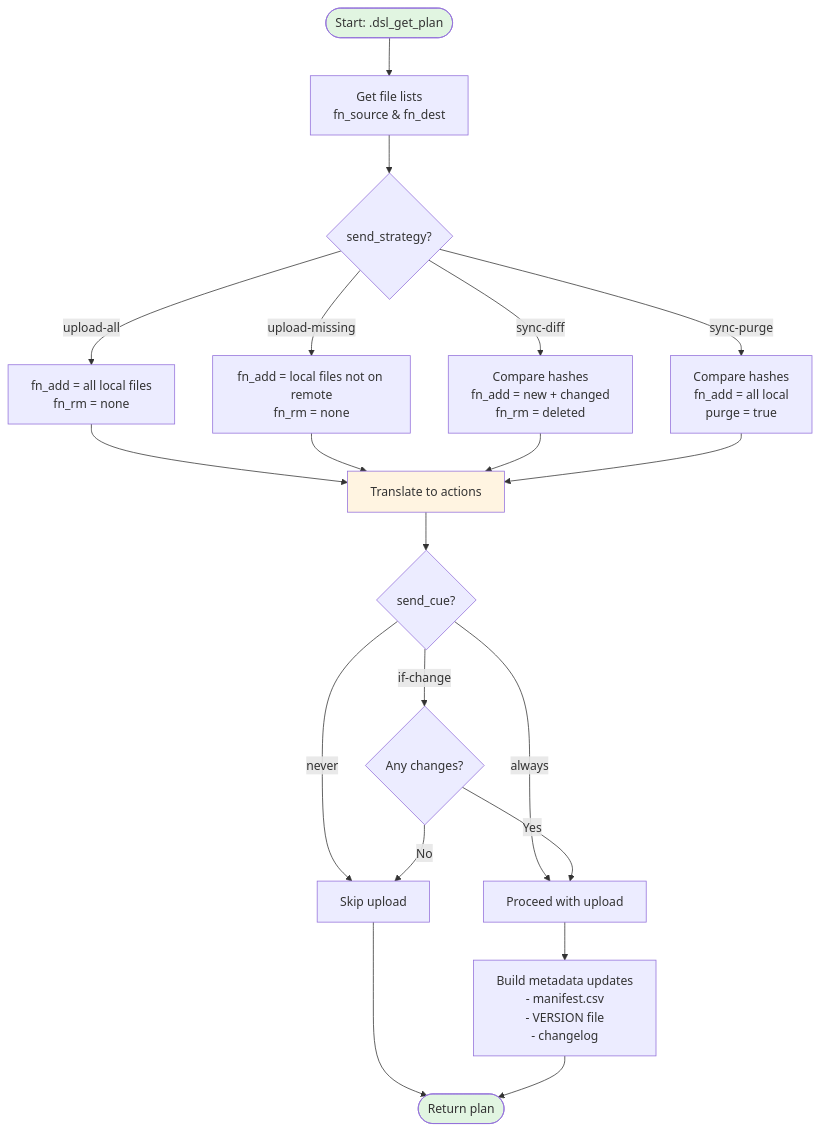
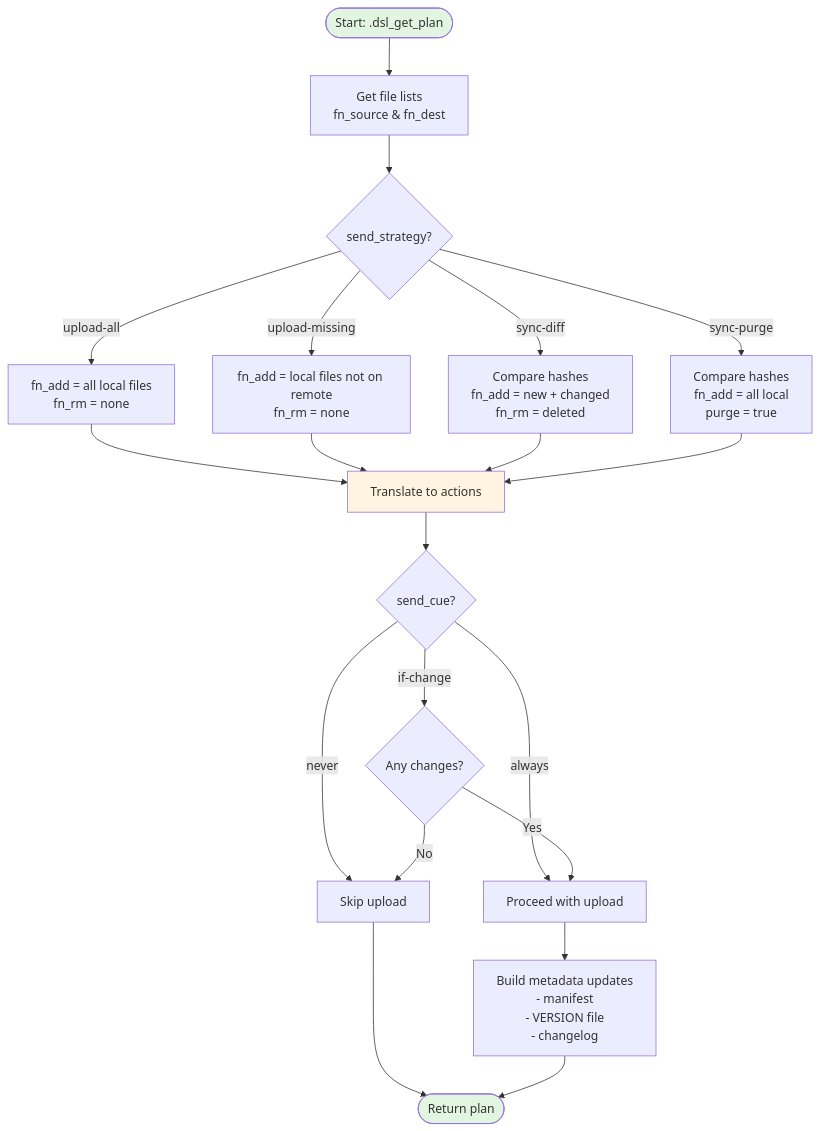
Before and after one commit to SATVILab/projr: the second of 4 diagrams in vignettes/dest-send-workflow.Rmd, drawn with Mermaid. The commit also changed other lines of this file and 25 other files, not shown here.

````diff
--- a/vignettes/dest-send-workflow.Rmd
+++ b/vignettes/dest-send-workflow.Rmd
@@ -94,32 +94,32 @@
 ```{mermaid}
 flowchart TD
     Start([Start: .dsl_get_plan]) --> GetFilenames[Get file lists<br/>fn_source & fn_dest]
     
     GetFilenames --> Strategy{send_strategy?}
     
     Strategy -->|upload-all| UploadAll[fn_add = all local files<br/>fn_rm = none]
     Strategy -->|upload-missing| UploadMissing[fn_add = local files not on remote<br/>fn_rm = none]
     Strategy -->|sync-diff| SyncDiff[Compare hashes<br/>fn_add = new + changed<br/>fn_rm = deleted]
     Strategy -->|sync-purge| SyncPurge[Compare hashes<br/>fn_add = all local<br/>purge = true]
     
     UploadAll --> BuildActions[Translate to actions]
     UploadMissing --> BuildActions
     SyncDiff --> BuildActions
     SyncPurge --> BuildActions
     
     BuildActions --> CheckCue{send_cue?}
     CheckCue -->|never| SkipSend[Skip upload]
     CheckCue -->|always| ProceedSend[Proceed with upload]
     CheckCue -->|if-change| CheckChanges{Any changes?}
     
     CheckChanges -->|Yes| ProceedSend
     CheckChanges -->|No| SkipSend
     
-    ProceedSend --> BuildMetadata[Build metadata updates<br/>- manifest.csv<br/>- VERSION file<br/>- changelog]
+    ProceedSend --> BuildMetadata[Build metadata updates<br/>- manifest<br/>- VERSION file<br/>- changelog]
     SkipSend --> End
     BuildMetadata --> End([Return plan])
     
     style Start fill:#e1f5e1
     style End fill:#e1f5e1
     style BuildActions fill:#fff4e1
 ```
````
